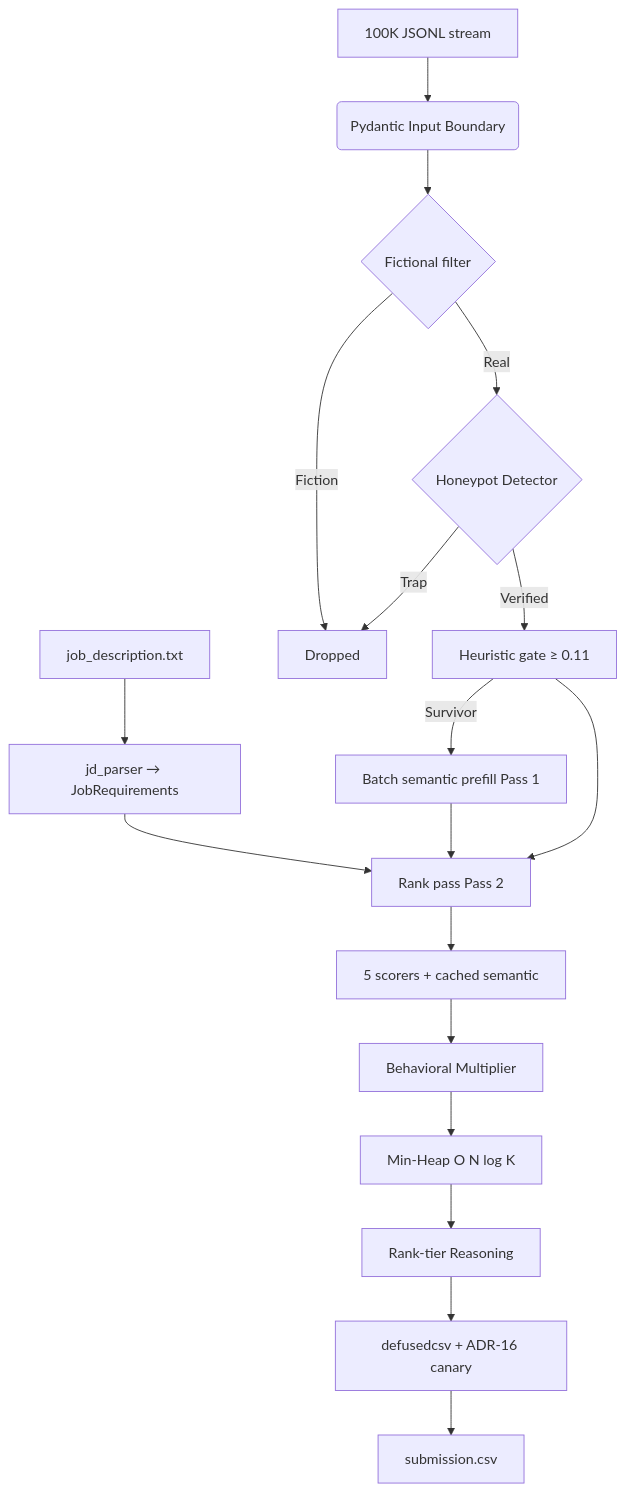
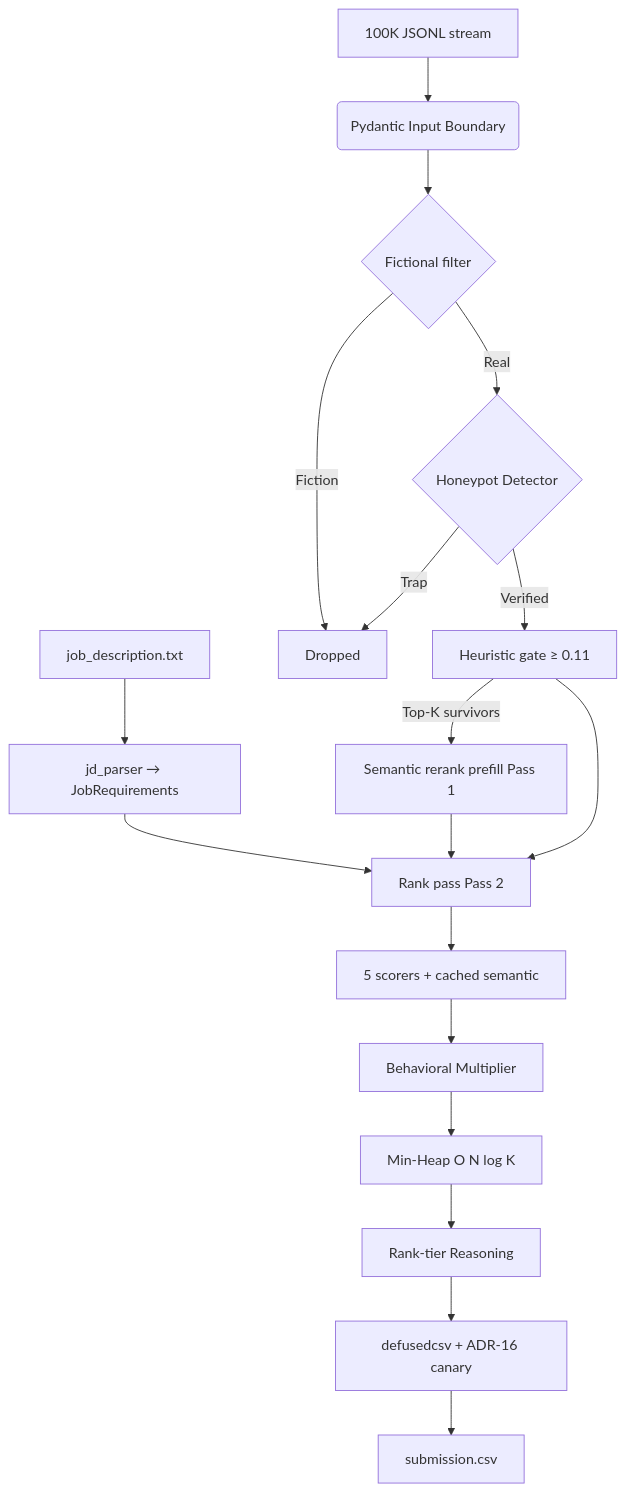
The diagram in docs/explanation/architecture.md (GunaPalanivel/Avera), drawn with Mermaid before and after one commit. The commit also changed other lines of this file and 6 other files, not shown here.

Commit message:
docs: sync architecture methodology and changelog for gap remediation

````diff
--- a/docs/explanation/architecture.md
+++ b/docs/explanation/architecture.md
@@ -19,20 +19,20 @@
 ```mermaid
 graph TD
     JD[job_description.txt] --> JP[jd_parser → JobRequirements]
     A[100K JSONL stream] --> B(Pydantic Input Boundary)
     B --> C{Fictional filter}
     C -->|Fiction| D[Dropped]
     C -->|Real| E{Honeypot Detector}
     E -->|Trap| D
     E -->|Verified| F[Heuristic gate ≥ 0.11]
-    F -->|Survivor| G[Batch semantic prefill Pass 1]
+    F -->|Top-K survivors| G[Semantic rerank prefill Pass 1]
     F --> H[Rank pass Pass 2]
     G --> H
   JP --> H
     H --> I[5 scorers + cached semantic]
     I --> J[Behavioral Multiplier]
     J --> K[Min-Heap O N log K]
     K --> L[Rank-tier Reasoning]
     L --> M[defusedcsv + ADR-16 canary]
     M --> N[submission.csv]
 ```
````
